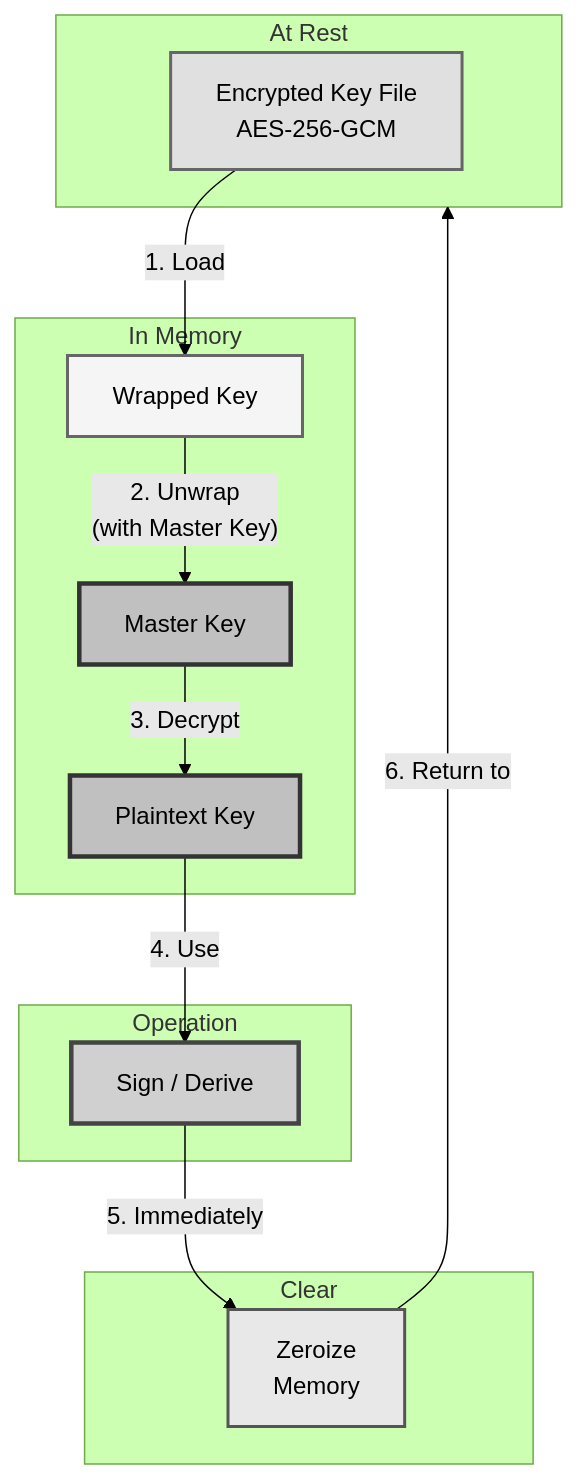
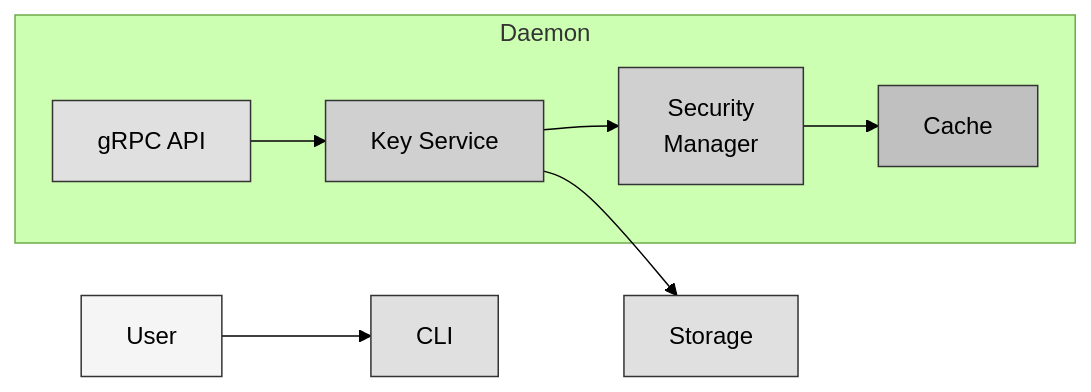
The fourth of 10 diagrams in docs/SECURITY_MODEL.md (ehanoc/softKMS), drawn with Mermaid (forest theme) before and after one commit. The commit also changed other lines of this file and 8 other files, not shown here.

````diff
--- a/docs/SECURITY_MODEL.md
+++ b/docs/SECURITY_MODEL.md
@@ -63,34 +78,20 @@
 ```mermaid
-flowchart TB
-    subgraph Rest["At Rest"]
-        R1["Encrypted Key File\nAES-256-GCM"]
+flowchart LR
+    U[User] --> CLI[CLI]
+    
+    subgraph Daemon
+        API[gRPC API] --> KS[Key Service]
+        KS --> SM[Security<br/>Manager]
+        SM --> C[Cache]
     end
     
-    subgraph Memory["In Memory"]
-        M1["Wrapped Key"]
-        M2["Master Key"]
-        M3["Plaintext Key"]
-    end
+    KS --> S[Storage]
     
-    subgraph Operation["Operation"]
-        O1["Sign / Derive"]
-    end
-    
-    subgraph Clear["Clear"]
-        C1["Zeroize\nMemory"]
-    end
-    
-    R1 -->|"1. Load"| M1
-    M1 -->|"2. Unwrap\n(with Master Key)"| M2
-    M2 -->|"3. Decrypt"| M3
-    M3 -->|"4. Use"| O1
-    O1 -->|"5. Immediately"| C1
-    C1 -->|"6. Return to"| Rest
-    
-    style R1 fill:#e0e0e0,stroke:#666,stroke-width:2px
-    style M1 fill:#f5f5f5,stroke:#666,stroke-width:2px
-    style M2 fill:#c0c0c0,stroke:#333,stroke-width:3px
-    style M3 fill:#c0c0c0,stroke:#333,stroke-width:3px
-    style O1 fill:#d0d0d0,stroke:#444,stroke-width:3px
-    style C1 fill:#e8e8e8,stroke:#555,stroke-width:2px
+    style U fill:#f5f5f5,stroke:#333
+    style CLI fill:#e0e0e0,stroke:#333
+    style API fill:#e0e0e0,stroke:#333
+    style KS fill:#d0d0d0,stroke:#333
+    style SM fill:#d0d0d0,stroke:#333
+    style C fill:#c0c0c0,stroke:#333
+    style S fill:#e0e0e0,stroke:#333
 ```
````
